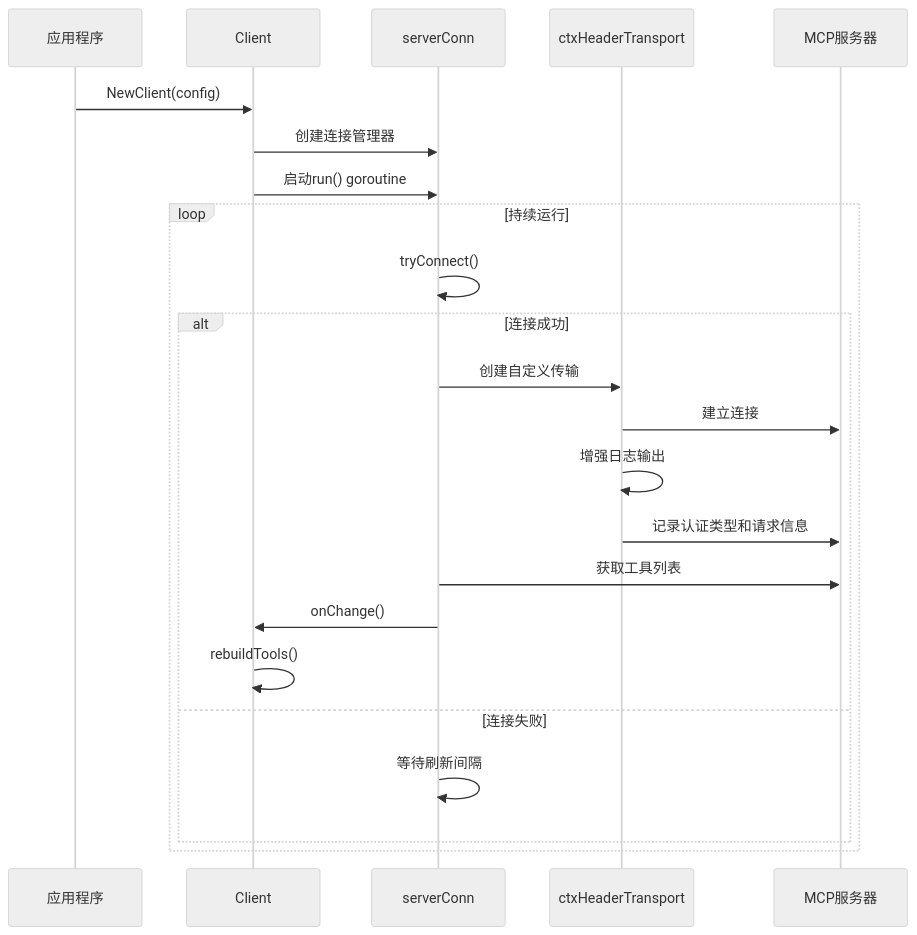
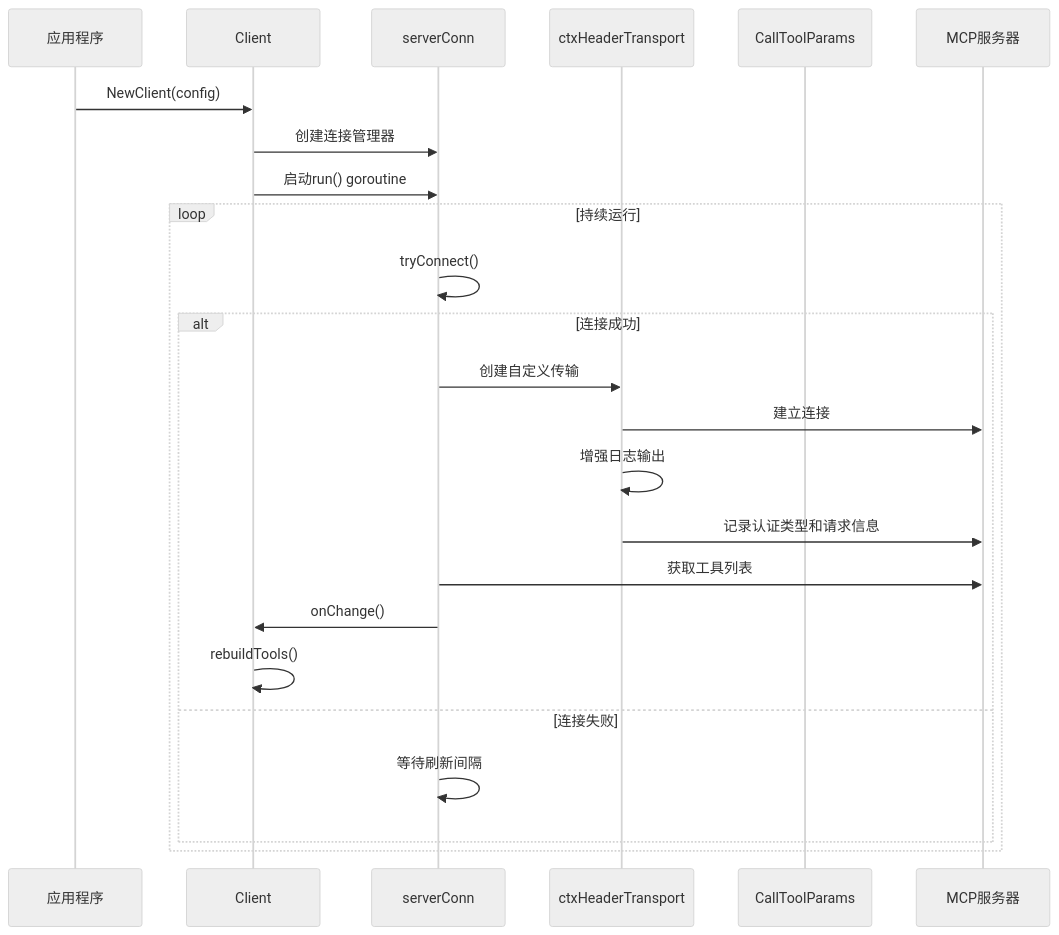
The fourth of 22 diagrams in .qoder/repowiki/zh/content/核心服务详解/Mcpx客户端包.md (maomao94/zero-service), drawn with Mermaid (neutral theme) before and after one commit. The commit also changed other lines of this file and 11 other files, not shown here.

````diff
--- a/.qoder/repowiki/zh/content/核心服务详解/Mcpx客户端包.md
+++ b/.qoder/repowiki/zh/content/核心服务详解/Mcpx客户端包.md
@@ -282,25 +301,26 @@
 ```mermaid
 sequenceDiagram
 participant App as 应用程序
 participant Client as Client
 participant Conn as serverConn
 participant Transport as ctxHeaderTransport
+participant Params as CallToolParams
 participant MCP as MCP服务器
 App->>Client : NewClient(config)
 Client->>Conn : 创建连接管理器
 Client->>Conn : 启动run() goroutine
 loop 持续运行
 Conn->>Conn : tryConnect()
 alt 连接成功
 Conn->>Transport : 创建自定义传输
 Transport->>MCP : 建立连接
 Transport->>Transport : 增强日志输出
 Transport->>MCP : 记录认证类型和请求信息
 Conn->>MCP : 获取工具列表
 Conn->>Client : onChange()
 Client->>Client : rebuildTools()
 else 连接失败
 Conn->>Conn : 等待刷新间隔
 end
 end
 ```
````
